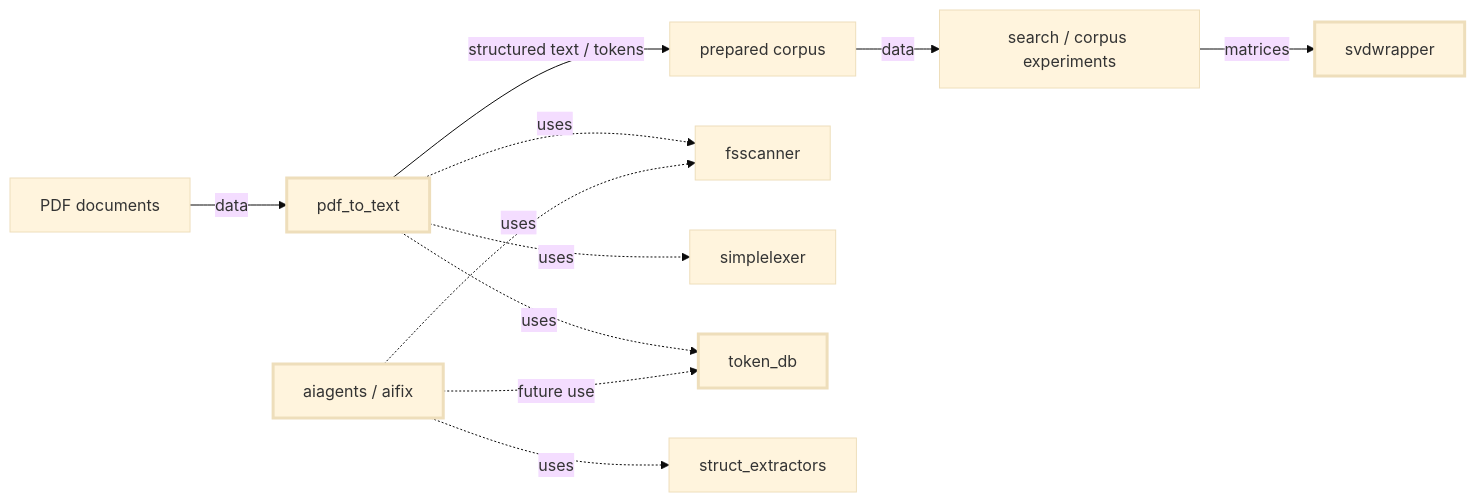
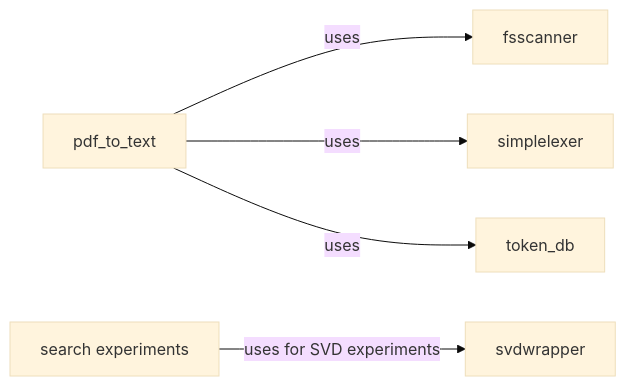
Before and after one commit to witold-k/witold-k: the fourth of 6 diagrams in README.md, drawn with Mermaid (base theme). The commit also changed other lines of this file, not shown here.

Commit message:
Separate AI and document tracks and split flows from dependencies

````diff
--- a/README.md
+++ b/README.md
@@ -13,20 +58,7 @@
 ```mermaid
 flowchart LR
-    PDF[PDF documents] -->|data| P[pdf_to_text]
-    P -->|structured text / tokens| CORPUS[prepared corpus]
-    CORPUS -->|data| SEARCH[search / corpus experiments]
-    SEARCH -->|matrices| SVD[svdwrapper]
-
-    P -.->|uses| FS[fsscanner]
-    P -.->|uses| LX[simplelexer]
-    P -.->|uses| T[token_db]
-
-    A[aiagents / aifix] -.->|uses| FS
-    A -.->|uses| SE[struct_extractors]
-    A -.->|future use| T
-
-    style A stroke-width:3px
-    style P stroke-width:3px
-    style T stroke-width:3px
-    style SVD stroke-width:3px
+    P[pdf_to_text] -->|uses| FS[fsscanner]
+    P -->|uses| LX[simplelexer]
+    P -->|uses| T[token_db]
+    SEARCH[search experiments] -->|uses for SVD experiments| SVD[svdwrapper]
 ```
````
